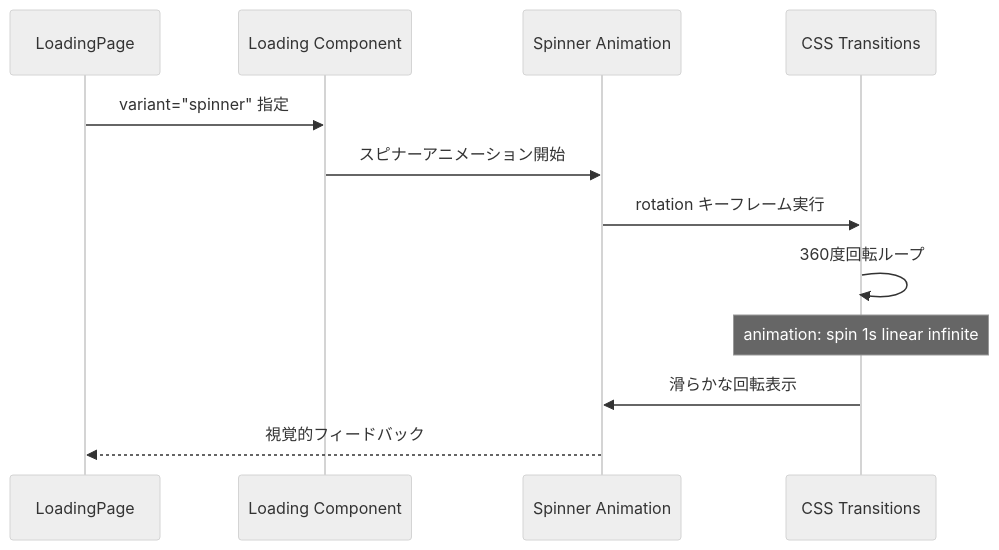
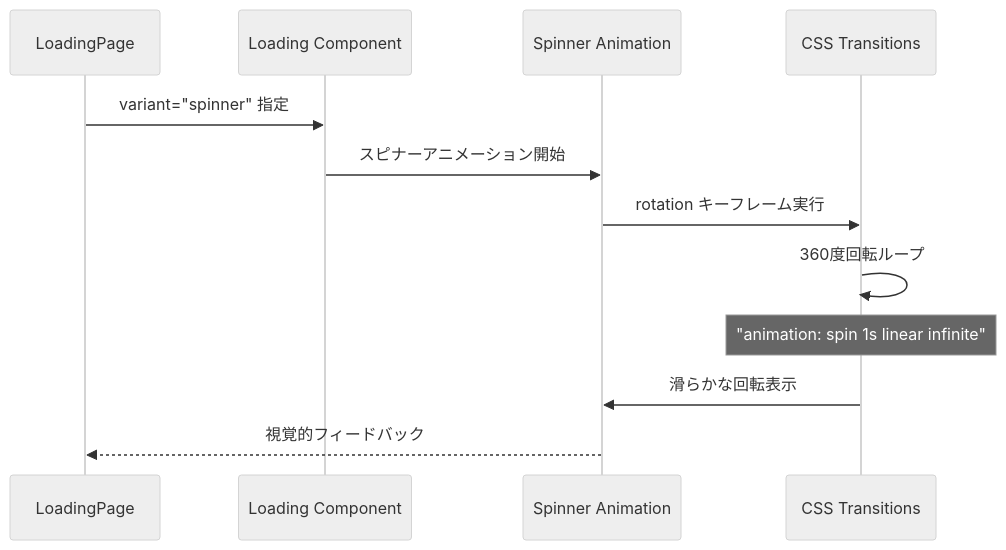
Before and after one commit to wasabi49/ocs-systemDevelopmentExercises: the ninth of 9 diagrams in document/pages/sequence/loading.md, drawn with Mermaid (neutral theme). The commit also changed other lines of this file and 42 other files, not shown here.

First line of the commit message:
fix: mermaidシーケンス図のNote over文でダブルクォーテーション不足を修正

````diff
--- a/document/pages/sequence/loading.md
+++ b/document/pages/sequence/loading.md
@@ -190,17 +190,17 @@
 ```mermaid
 sequenceDiagram
     participant LoadingPage as LoadingPage
     participant LoadingComp as Loading Component
     participant SpinnerAnim as Spinner Animation
     participant CSS as CSS Transitions
 
     LoadingPage->>LoadingComp: variant="spinner" 指定
     LoadingComp->>SpinnerAnim: スピナーアニメーション開始
     
     SpinnerAnim->>CSS: rotation キーフレーム実行
     CSS->>CSS: 360度回転ループ
-    Note over CSS: animation: spin 1s linear infinite
+    Note over CSS: "animation: spin 1s linear infinite"
     
     CSS->>SpinnerAnim: 滑らかな回転表示
     SpinnerAnim-->>LoadingPage: 視覚的フィードバック
 ```
````
